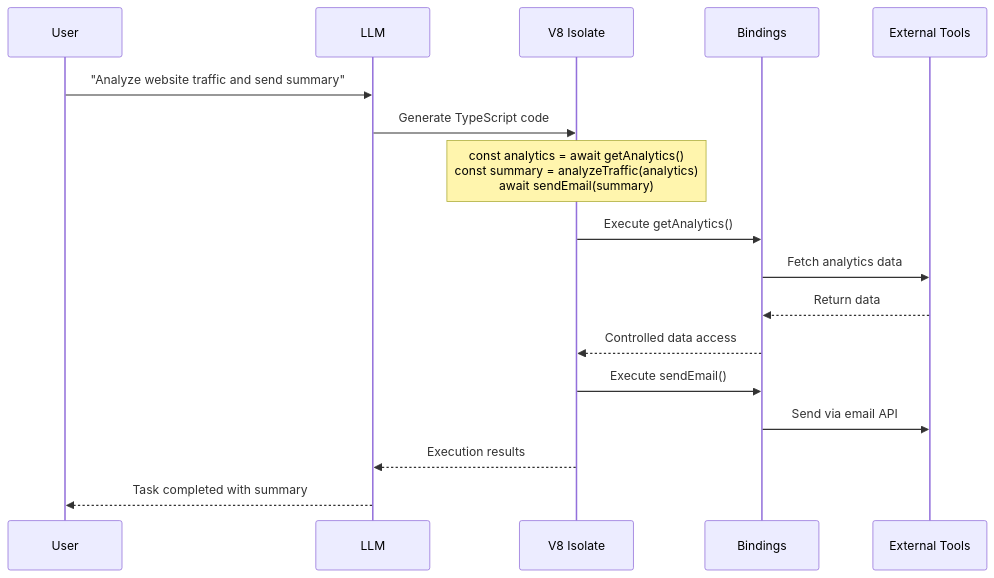
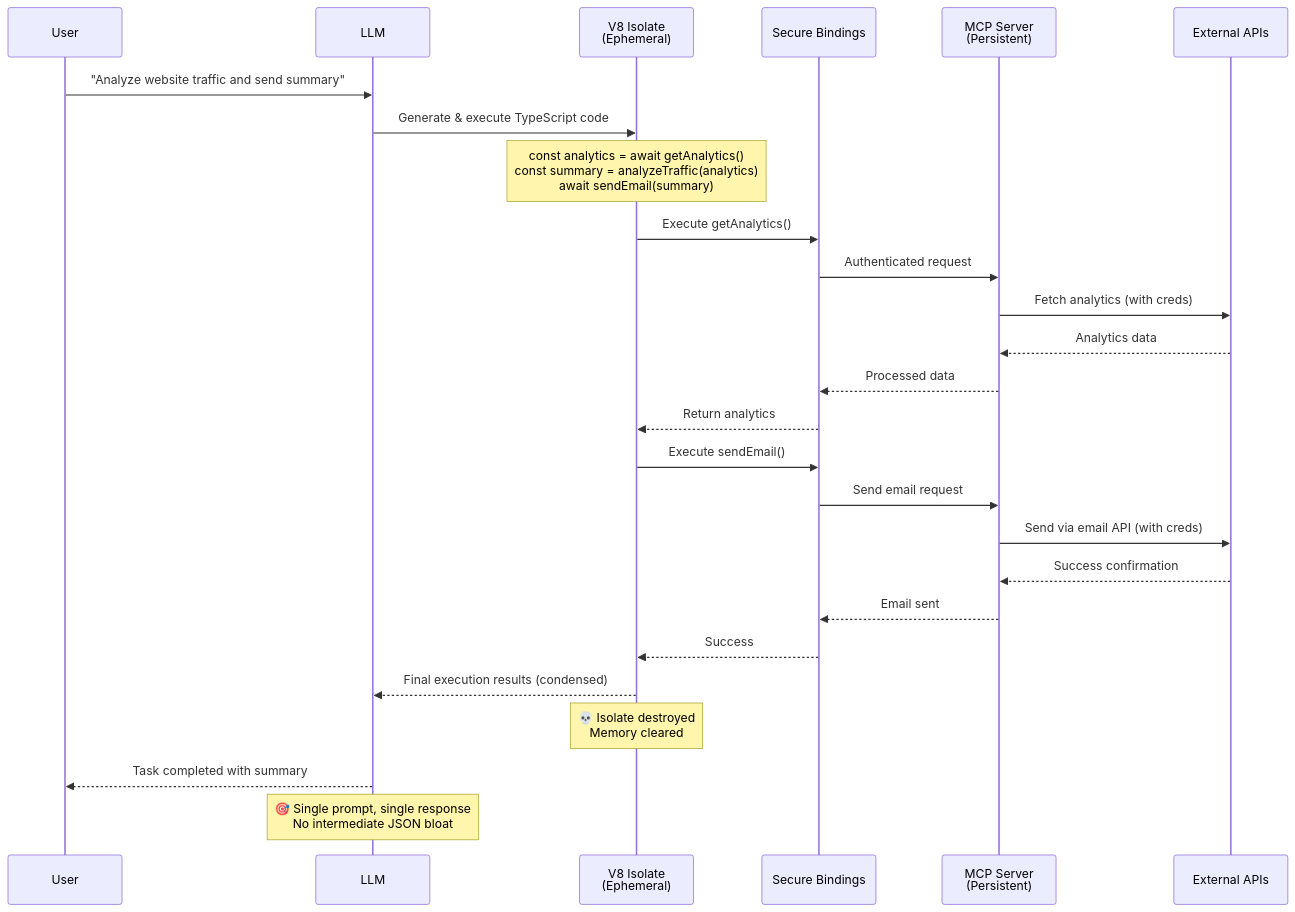
One commit to nibzard/awesome-agentic-patterns changed the diagram in patterns/code-first-tool-interface-pattern.md. Above: the diagram before and after it, drawn with Mermaid. The commit also changed other lines of this file and 9 other files, not shown here.

First line of the commit message:
Update Code Mode MCP Tool Interface Pattern and add new patterns

````diff
--- a/patterns/code-first-tool-interface-pattern.md
+++ b/patterns/code-first-tool-interface-pattern.md
@@ -34,20 +63,33 @@
 ```mermaid
 sequenceDiagram
     participant User
     participant LLM
-    participant V8Sandbox as V8 Isolate
-    participant Bindings
-    participant Tools as External Tools
+    participant V8Isolate as V8 Isolate<br/>(Ephemeral)
+    participant Bindings as Secure Bindings
+    participant MCPServer as MCP Server<br/>(Persistent)
+    participant ExternalAPIs as External APIs
 
     User->>LLM: "Analyze website traffic and send summary"
-    LLM->>V8Sandbox: Generate TypeScript code
-    Note over V8Sandbox: const analytics = await getAnalytics()<br/>const summary = analyzeTraffic(analytics)<br/>await sendEmail(summary)
-    V8Sandbox->>Bindings: Execute getAnalytics()
-    Bindings->>Tools: Fetch analytics data
-    Tools-->>Bindings: Return data
-    Bindings-->>V8Sandbox: Controlled data access
-    V8Sandbox->>Bindings: Execute sendEmail()
-    Bindings->>Tools: Send via email API
-    V8Sandbox-->>LLM: Execution results
+    LLM->>V8Isolate: Generate & execute TypeScript code
+    Note over V8Isolate: const analytics = await getAnalytics()<br/>const summary = analyzeTraffic(analytics)<br/>await sendEmail(summary)
+
+    V8Isolate->>Bindings: Execute getAnalytics()
+    Bindings->>MCPServer: Authenticated request
+    MCPServer->>ExternalAPIs: Fetch analytics (with creds)
+    ExternalAPIs-->>MCPServer: Analytics data
+    MCPServer-->>Bindings: Processed data
+    Bindings-->>V8Isolate: Return analytics
+
+    V8Isolate->>Bindings: Execute sendEmail()
+    Bindings->>MCPServer: Send email request
+    MCPServer->>ExternalAPIs: Send via email API (with creds)
+    ExternalAPIs-->>MCPServer: Success confirmation
+    MCPServer-->>Bindings: Email sent
+    Bindings-->>V8Isolate: Success
+
+    V8Isolate-->>LLM: Final execution results (condensed)
+    Note over V8Isolate: 💀 Isolate destroyed<br/>Memory cleared
     LLM-->>User: Task completed with summary
+
+    Note over LLM: 🎯 Single prompt, single response<br/>No intermediate JSON bloat
 ```
````
